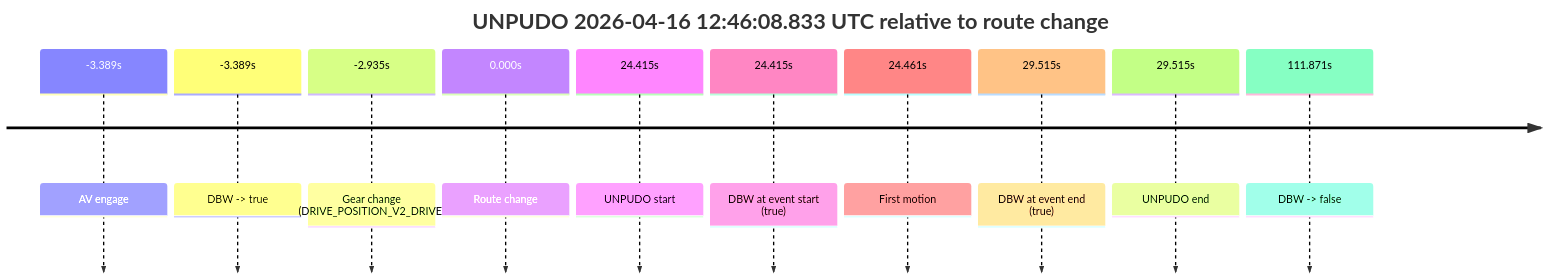
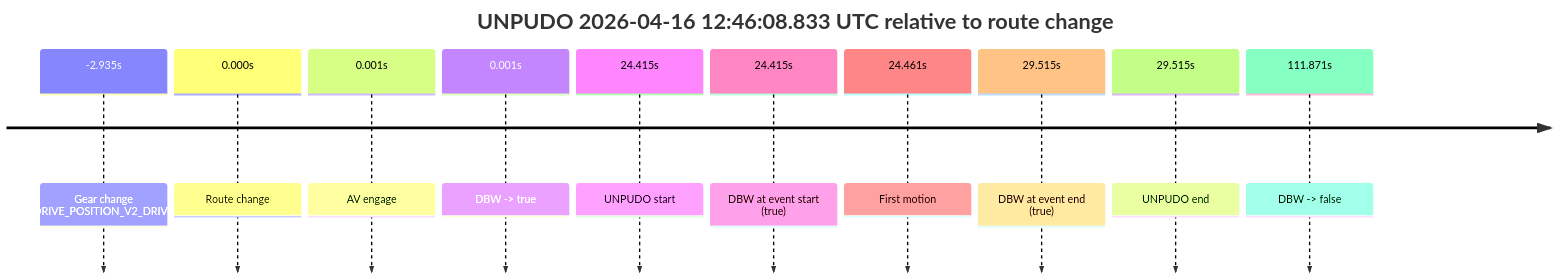
Before and after one commit to yoelshapiro/vault: the first of 7 diagrams in model_analysis/report_cards/2026/04/Week-3/fme20009--2026-04-16--12-35-12--gen2-av-b61aff24-57ea-46f1-b166-ea73856ef968.md, drawn with Mermaid. The commit also changed other lines of this file and 41 other files, not shown here.

````diff
--- a/model_analysis/report_cards/2026/04/Week-3/fme20009--2026-04-16--12-35-12--gen2-av-b61aff24-57ea-46f1-b166-ea73856ef968.md
+++ b/model_analysis/report_cards/2026/04/Week-3/fme20009--2026-04-16--12-35-12--gen2-av-b61aff24-57ea-46f1-b166-ea73856ef968.md
@@ -43,14 +43,14 @@
 ```mermaid
 timeline
     title UNPUDO 2026-04-16 12:46:08.833 UTC relative to route change
-    -3.389s : AV engage
-    -3.389s : DBW -> true
     -2.935s : Gear change (DRIVE_POSITION_V2_DRIVE)
     0.000s : Route change
+    0.001s : AV engage
+    0.001s : DBW -> true
     24.415s : UNPUDO start
     24.415s : DBW at event start (true)
     24.461s : First motion
     29.515s : DBW at event end (true)
     29.515s : UNPUDO end
     111.871s : DBW -> false
 ```
````
